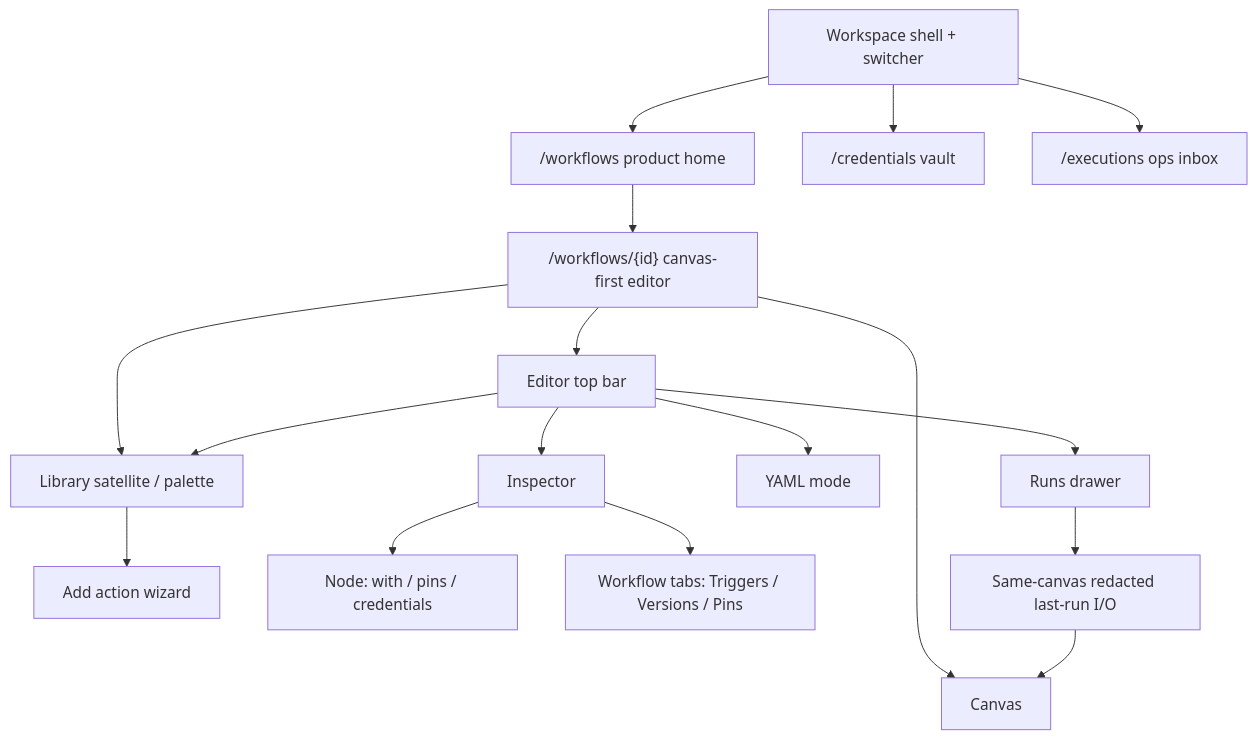
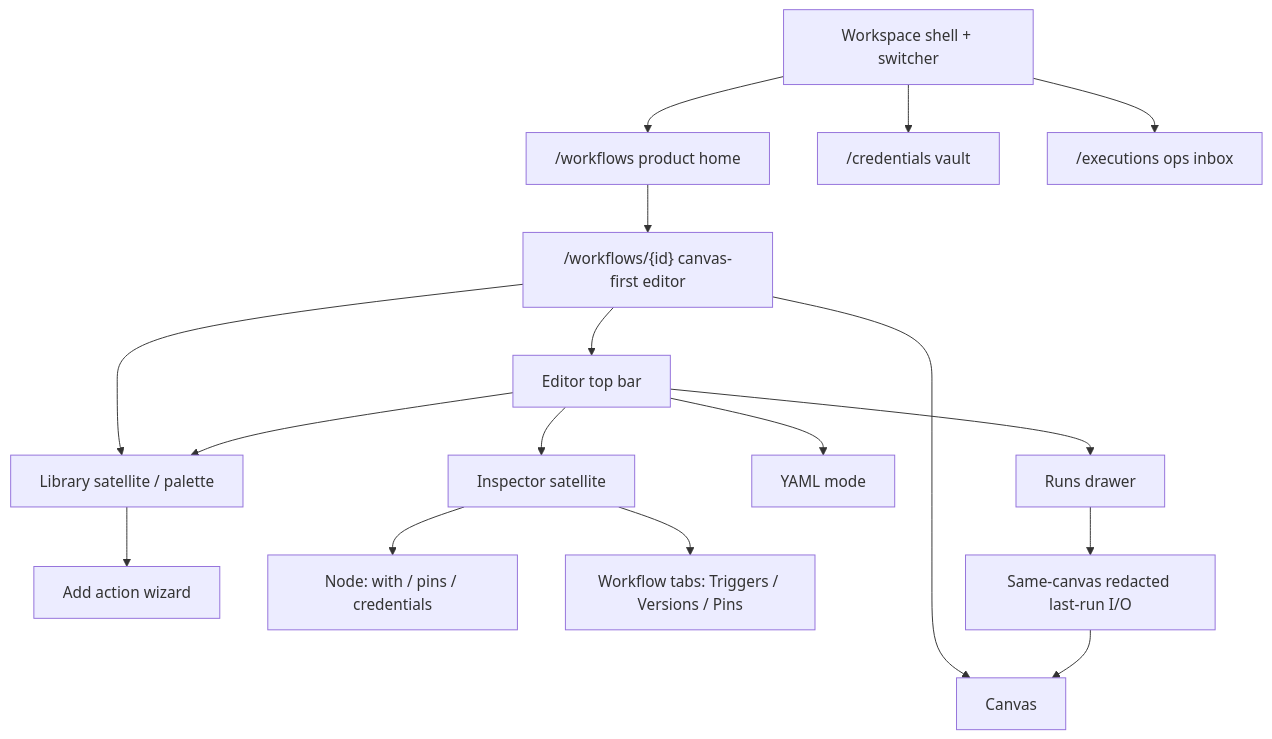
The diagram in docs/reference/frontend-ui.md (bbengt1/flowforge), drawn with Mermaid before and after one commit. The commit also changed other lines of this file and 11 other files, not shown here.

First line of the commit message:
R2.2: NDV-style inspector shell as editor satellite (#242)

````diff
--- a/docs/reference/frontend-ui.md
+++ b/docs/reference/frontend-ui.md
@@ -15,35 +15,35 @@
 ```mermaid
 flowchart TB
   Shell[Workspace shell + switcher]
   Home["/workflows product home"]
   Editor["/workflows/{id} canvas-first editor"]
   Vault["/credentials vault"]
   Inbox["/executions ops inbox"]
   Bar[Editor top bar]
   Canvas[Canvas]
   Lib[Library satellite / palette]
-  Insp[Inspector]
+  Insp[Inspector satellite]
   Yaml[YAML mode]
   Runs[Runs drawer]
   Wizard[Add action wizard]
   NodeInsp["Node: with / pins / credentials"]
   WfTabs["Workflow tabs: Triggers / Versions / Pins"]
   Overlay[Same-canvas redacted last-run I/O]
 
   Shell --> Home
   Shell --> Vault
   Shell --> Inbox
   Home --> Editor
   Editor --> Bar
   Editor --> Canvas
   Editor --> Lib
   Bar --> Lib
   Bar --> Insp
   Bar --> Yaml
   Bar --> Runs
   Lib --> Wizard
   Insp --> NodeInsp
   Insp --> WfTabs
   Runs --> Overlay
   Overlay --> Canvas
 ```
````
